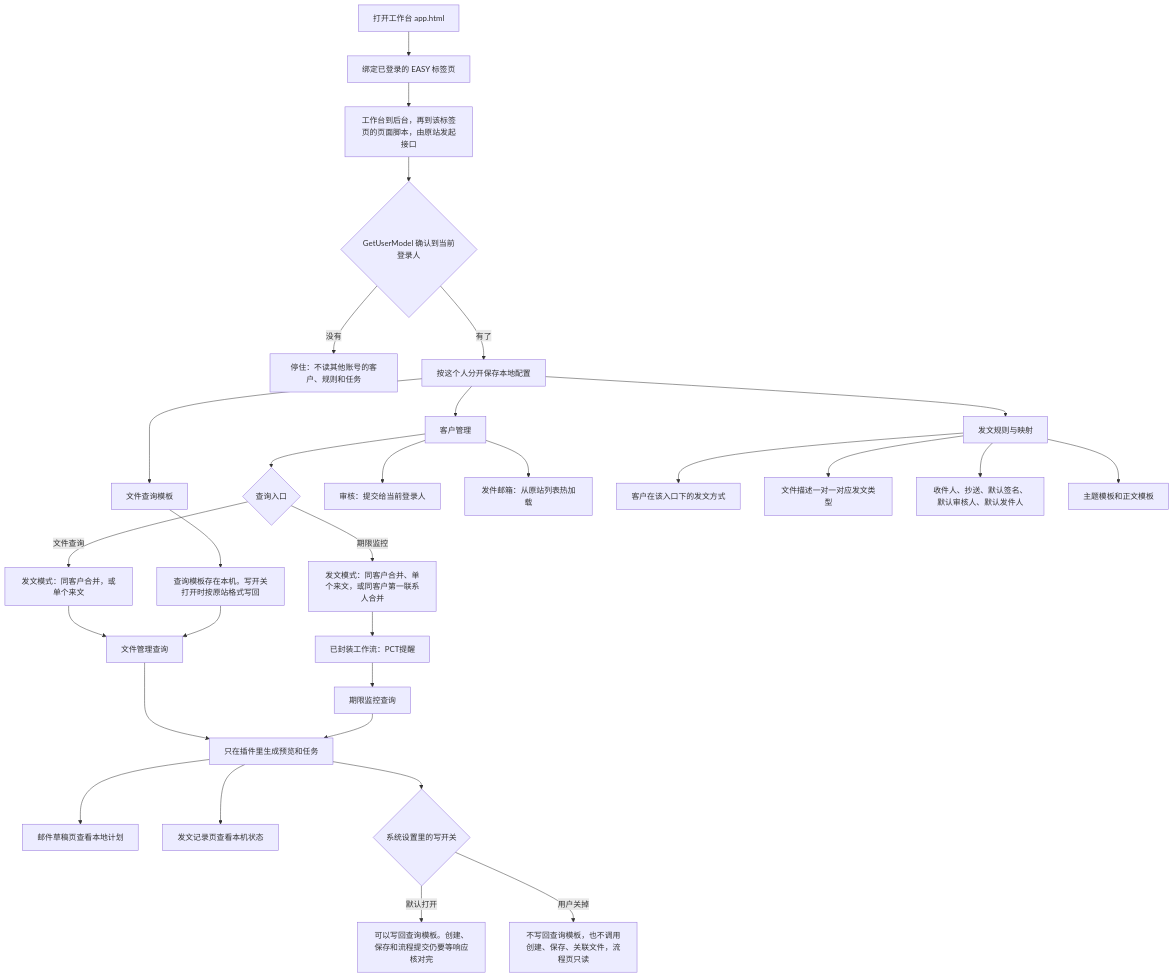
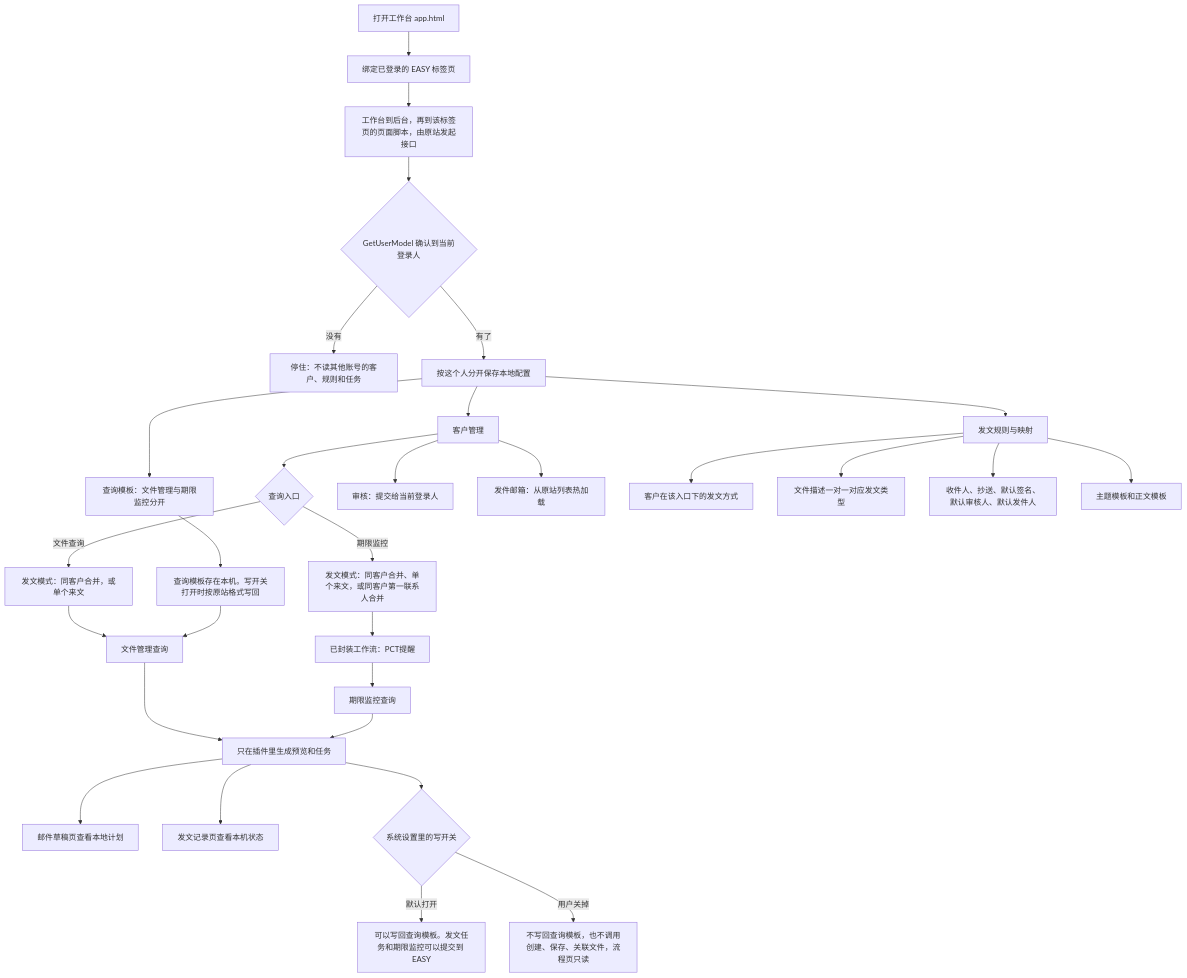
Before and after one commit to haohaizi554/patmail: the first of 5 diagrams in 当前业务流图.md, drawn with Mermaid. The commit also changed other lines of this file and 154 other files, not shown here.

````diff
--- a/当前业务流图.md
+++ b/当前业务流图.md
@@ -7,37 +9,37 @@
 ```mermaid
 flowchart TD
   open["打开工作台 app.html"] --> bind["绑定已登录的 EASY 标签页"]
   bind --> channel["工作台到后台，再到该标签页的页面脚本，由原站发起接口"]
   channel --> session{"GetUserModel 确认到当前登录人"}
   session -->|没有| halt["停住：不读其他账号的客户、规则和任务"]
   session -->|有了| prep["按这个人分开保存本地配置"]
 
   prep --> customer["客户管理"]
   prep --> rules["发文规则与映射"]
-  prep --> templates["文件查询模板"]
+  prep --> templates["查询模板：文件管理与期限监控分开"]
 
   customer --> surface{"查询入口"}
   surface -->|文件查询| fileStyle["发文模式：同客户合并，或单个来文"]
   surface -->|期限监控| limitStyle["发文模式：同客户合并、单个来文，或同客户第一联系人合并"]
   limitStyle --> pct["已封装工作流：PCT提醒"]
   customer --> review["审核：提交给当前登录人"]
   customer --> senderPick["发件邮箱：从原站列表热加载"]
 
   rules --> policy["客户在该入口下的发文方式"]
   rules --> mapping["文件描述一对一对应发文类型"]
   rules --> people["收件人、抄送、默认签名、默认审核人、默认发件人"]
   rules --> text["主题模板和正文模板"]
   templates --> hist["查询模板存在本机。写开关打开时按原站格式写回"]
 
   fileStyle --> qFile["文件管理查询"]
   hist --> qFile
   pct --> qLimit["期限监控查询"]
 
   qFile --> local["只在插件里生成预览和任务"]
   qLimit --> local
   local --> drafts["邮件草稿页查看本地计划"]
   local --> records["发文记录页查看本机状态"]
   local --> gate{"系统设置里的写开关"}
-  gate -->|默认打开| allow["可以写回查询模板。创建、保存和流程提交仍要等响应核对完"]
+  gate -->|默认打开| allow["可以写回查询模板。发文任务和期限监控可以提交到 EASY"]
   gate -->|用户关掉| noWrite["不写回查询模板，也不调用创建、保存、关联文件，流程页只读"]
 ```
````
